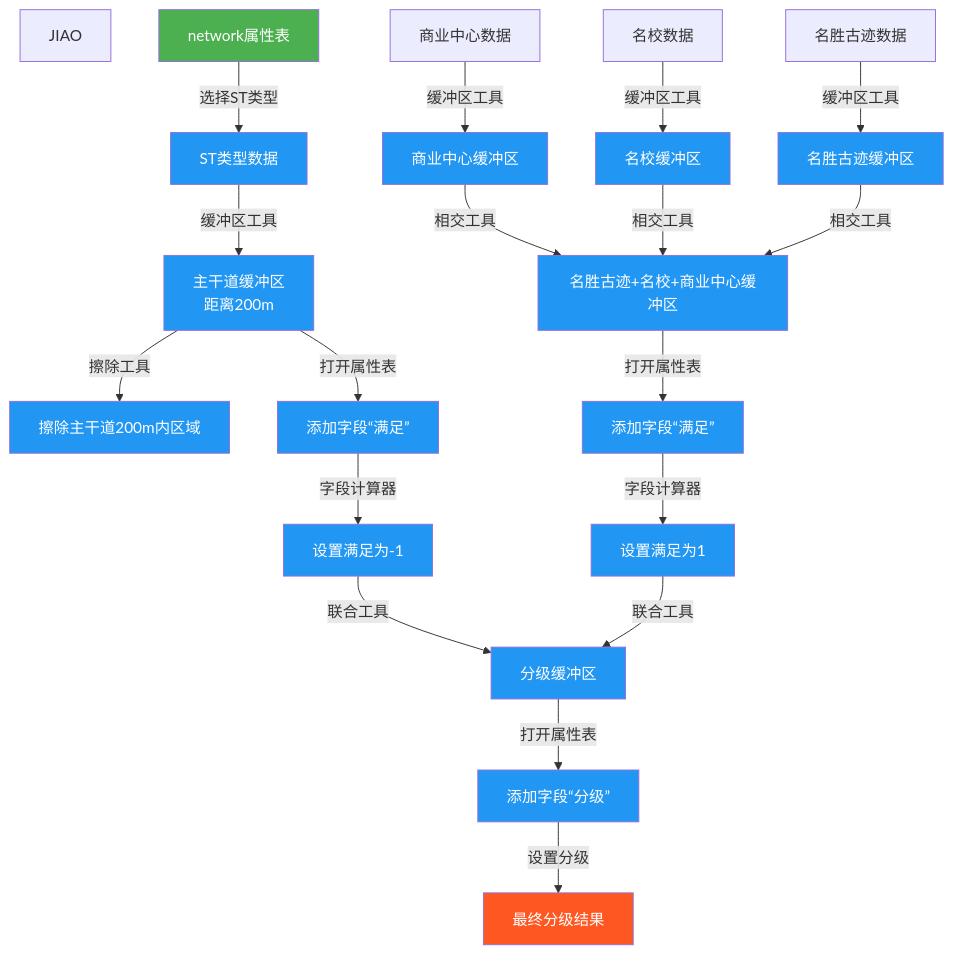
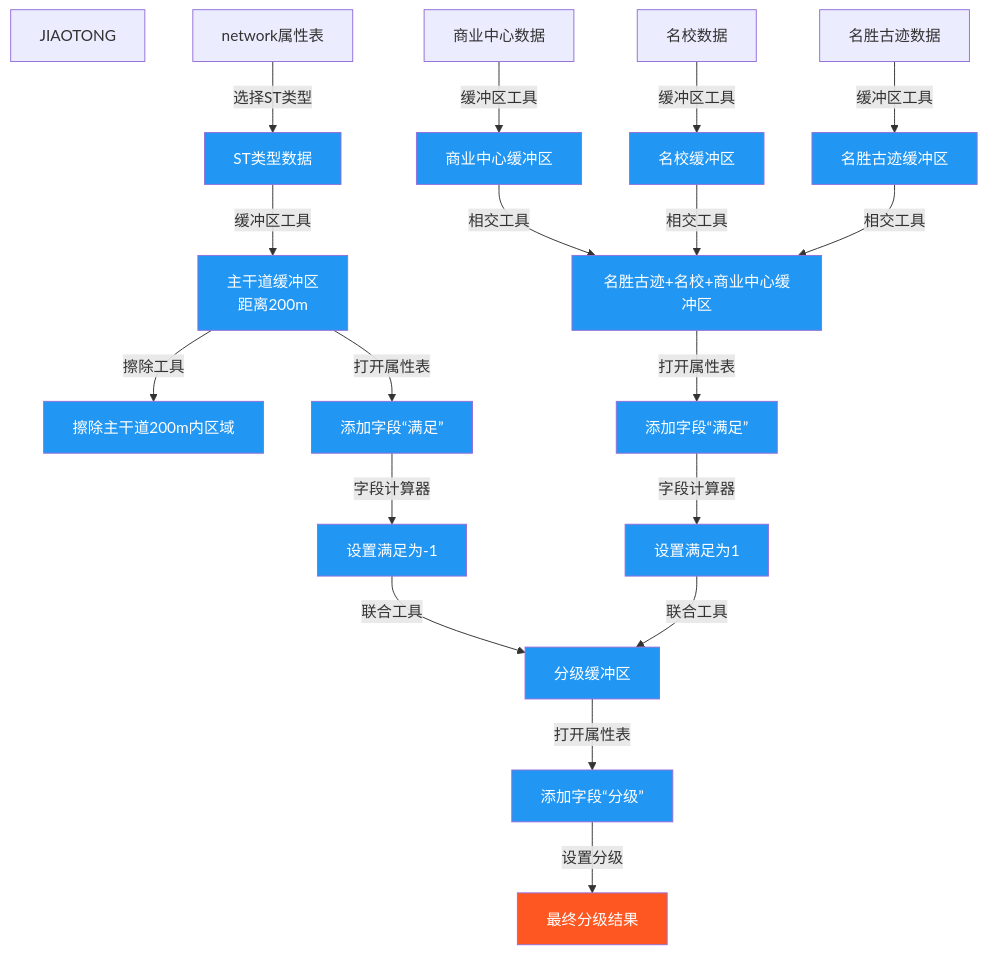
Before and after one commit to newguser/iodraw-files: the diagram in all/未命名.md, drawn with Mermaid.

Commit message:
2025-02-27 20:28:55 update

````diff
--- a/all/未命名.md
+++ b/all/未命名.md
@@ -1,26 +1,26 @@
 ```mermaid
 graph TD
-        A0[JIAO]
+        A0[JIAOTONG]
         A1[network属性表] -->|选择ST类型| A2[ST类型数据]
         A2 -->|缓冲区工具| A3[主干道缓冲区<br>距离200m]
         B1[商业中心数据] -->|缓冲区工具| B2[商业中心缓冲区]
         C1[名校数据] -->|缓冲区工具| C2[名校缓冲区]
 
         D1[名胜古迹数据] -->|缓冲区工具| D2[名胜古迹缓冲区]
         B2[商业中心缓冲区]-->|相交工具| E1[名胜古迹+名校+商业中心缓冲区]
         C2[名校缓冲区]-->|相交工具| E1[名胜古迹+名校+商业中心缓冲区]
         D2 -->|相交工具| E1[名胜古迹+名校+商业中心缓冲区]
         A3 -->|擦除工具| E2[擦除主干道200m内区域]
         E1 -->|打开属性表| E3[添加字段“满足”]
         E3 -->|字段计算器| E4[设置满足为1]
         A3 -->|打开属性表| E5[添加字段“满足”]
         E5 -->|字段计算器| E6[设置满足为-1]
         E4 -->|联合工具| E7[分级缓冲区]
         E6 -->|联合工具| E7
         E7 -->|打开属性表| E8[添加字段“分级”]
         E8 -->|设置分级| E9[最终分级结果]
-    style A1 fill:#4CAF50,color:white
+    
     style E9 fill:#FF5722,color:white
     classDef process fill:#2196F3,color:white;
     class A2,A3,B2,C2,D2,E1,E2,E3,E4,E5,E6,E7,E8 process
 ```
````
